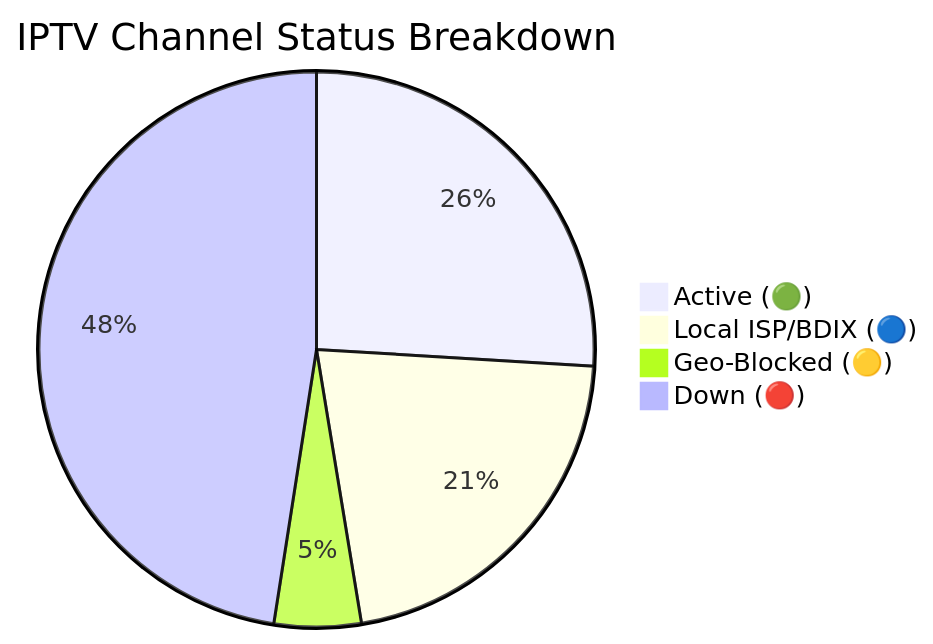
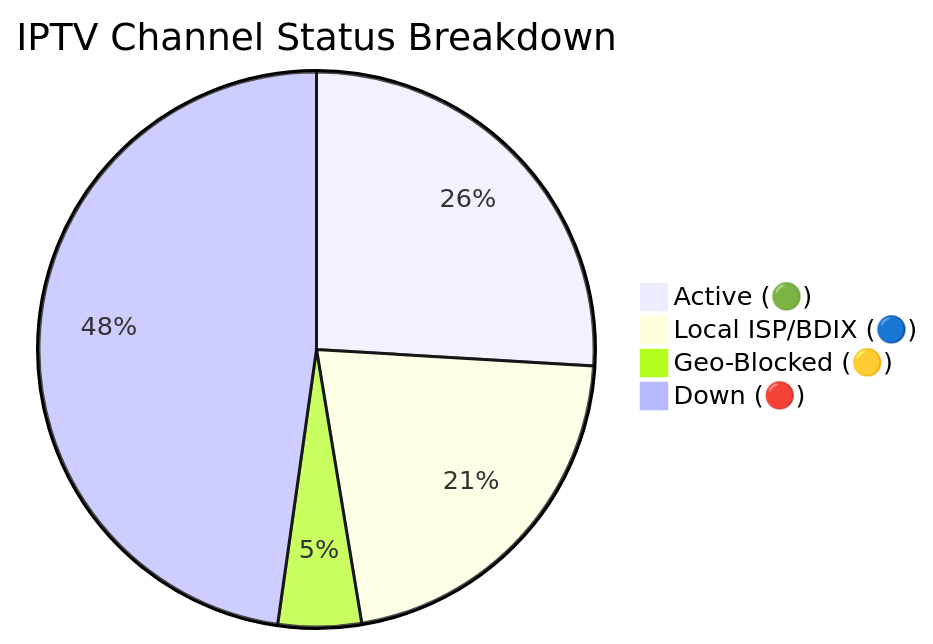
Before and after one commit to Zaman-Topu/Ip-tv-Collection: the diagram in README.md, drawn with Mermaid. The commit also changed other lines of this file and 3 other files, not shown here.

````diff
--- a/README.md
+++ b/README.md
@@ -118,7 +118,7 @@
 ```mermaid
 pie title IPTV Channel Status Breakdown
-    "Active (🟢)" : 10850
-    "Local ISP/BDIX (🔵)" : 8967
-    "Geo-Blocked (🟡)" : 2113
-    "Down (🔴)" : 19872
+    "Active (🟢)" : 10844
+    "Local ISP/BDIX (🔵)" : 8968
+    "Geo-Blocked (🟡)" : 2024
+    "Down (🔴)" : 19968
 ```
````
